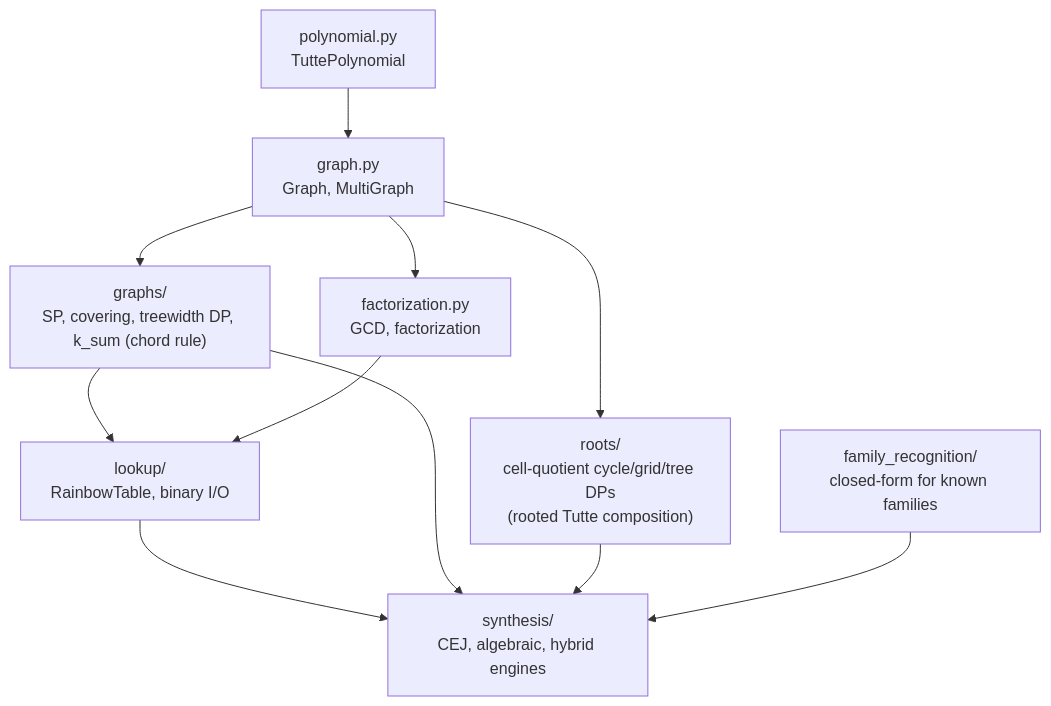
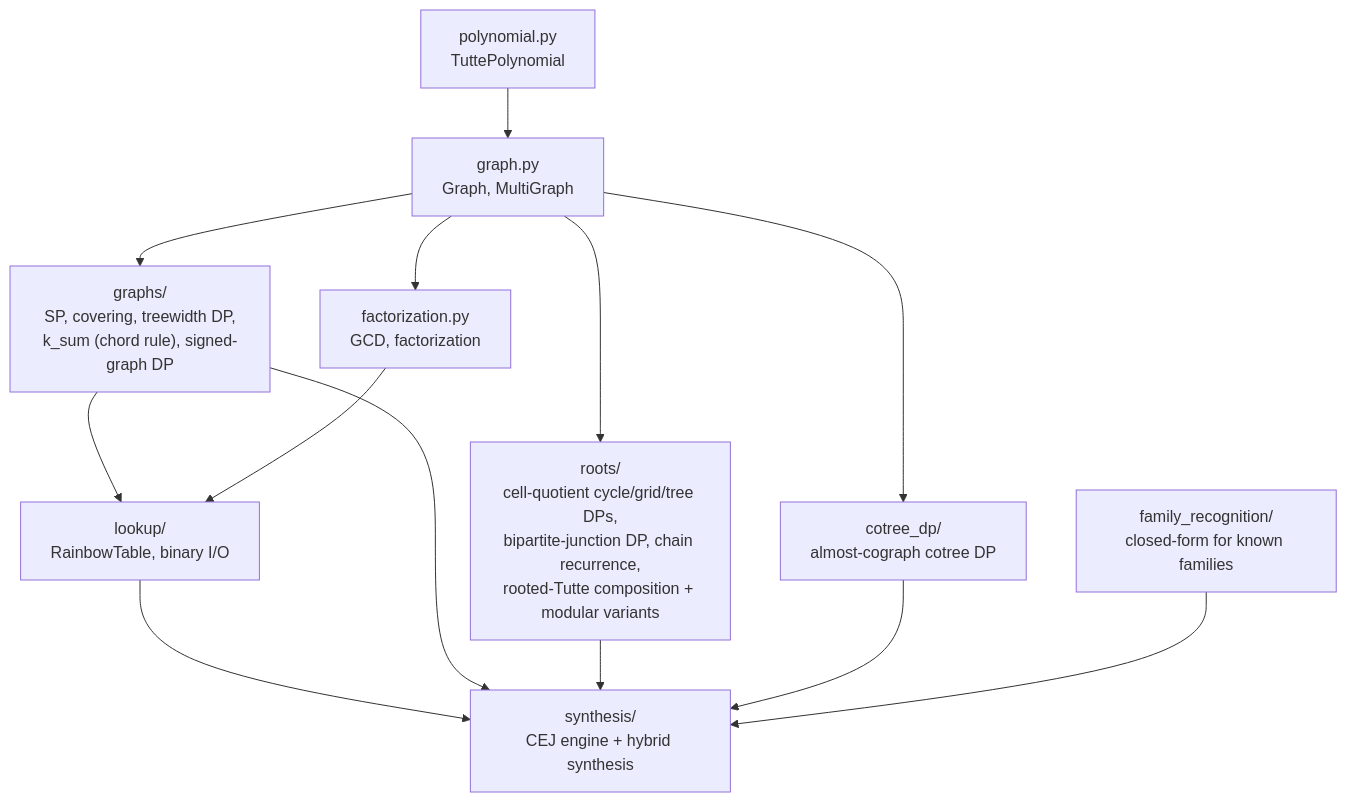
The first of 2 diagrams in tutte/README.md (QuipNetwork/quip-protocol), drawn with Mermaid before and after one commit. The commit also changed other lines of this file and 72 other files, not shown here.

````diff
--- a/tutte/README.md
+++ b/tutte/README.md
@@ -7,13 +14,15 @@
 ```mermaid
 graph TD
     P["polynomial.py<br/>TuttePolynomial"] --> G["graph.py<br/>Graph, MultiGraph"]
-    G --> GR["graphs/<br/>SP, covering, treewidth DP, k_sum (chord rule)"]
+    G --> GR["graphs/<br/>SP, covering, treewidth DP,<br/>k_sum (chord rule), signed-graph DP"]
     G --> F["factorization.py<br/>GCD, factorization"]
-    G --> RT["roots/<br/>cell-quotient cycle/grid/tree DPs<br/>(rooted Tutte composition)"]
+    G --> RT["roots/<br/>cell-quotient cycle/grid/tree DPs,<br/>bipartite-junction DP, chain recurrence,<br/>rooted-Tutte composition + modular variants"]
+    G --> CT["cotree_dp/<br/>almost-cograph cotree DP"]
     GR --> L["lookup/<br/>RainbowTable, binary I/O"]
     F --> L
-    L --> S["synthesis/<br/>CEJ, algebraic, hybrid engines"]
+    L --> S["synthesis/<br/>CEJ engine + hybrid synthesis"]
     GR --> S
     RT --> S
+    CT --> S
     FR["family_recognition/<br/>closed-form for known families"] --> S
 ```
````
